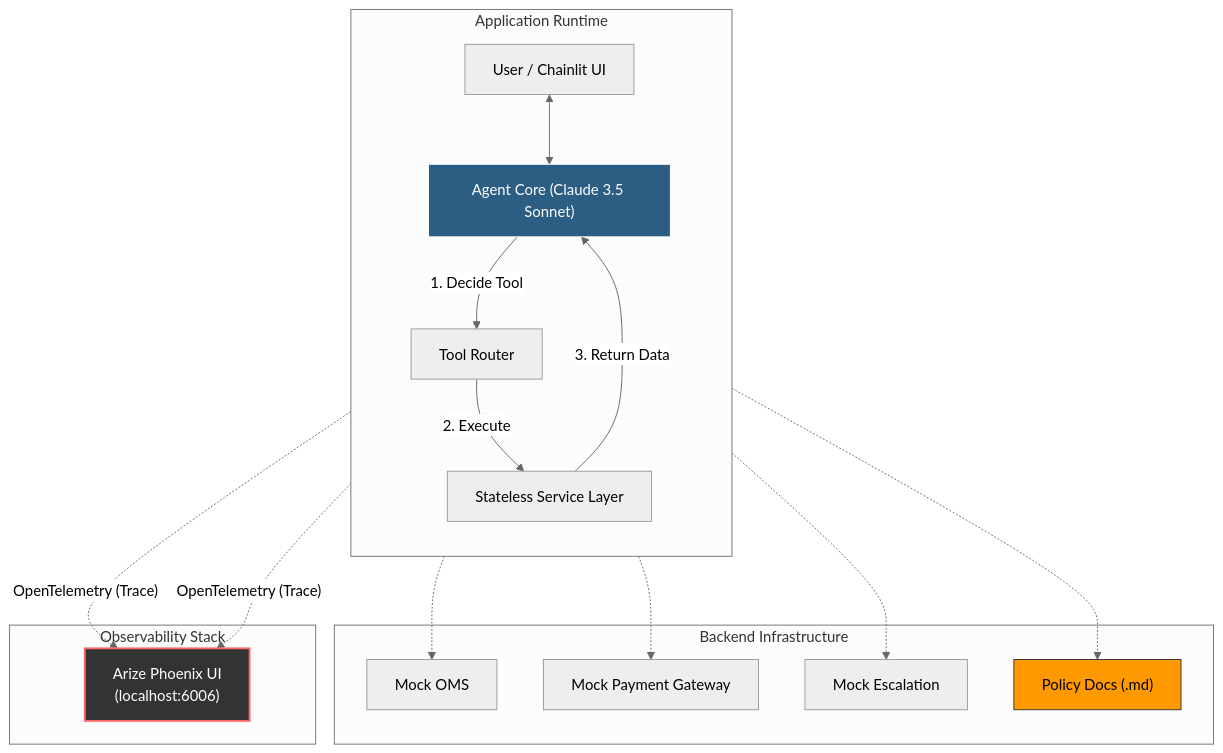
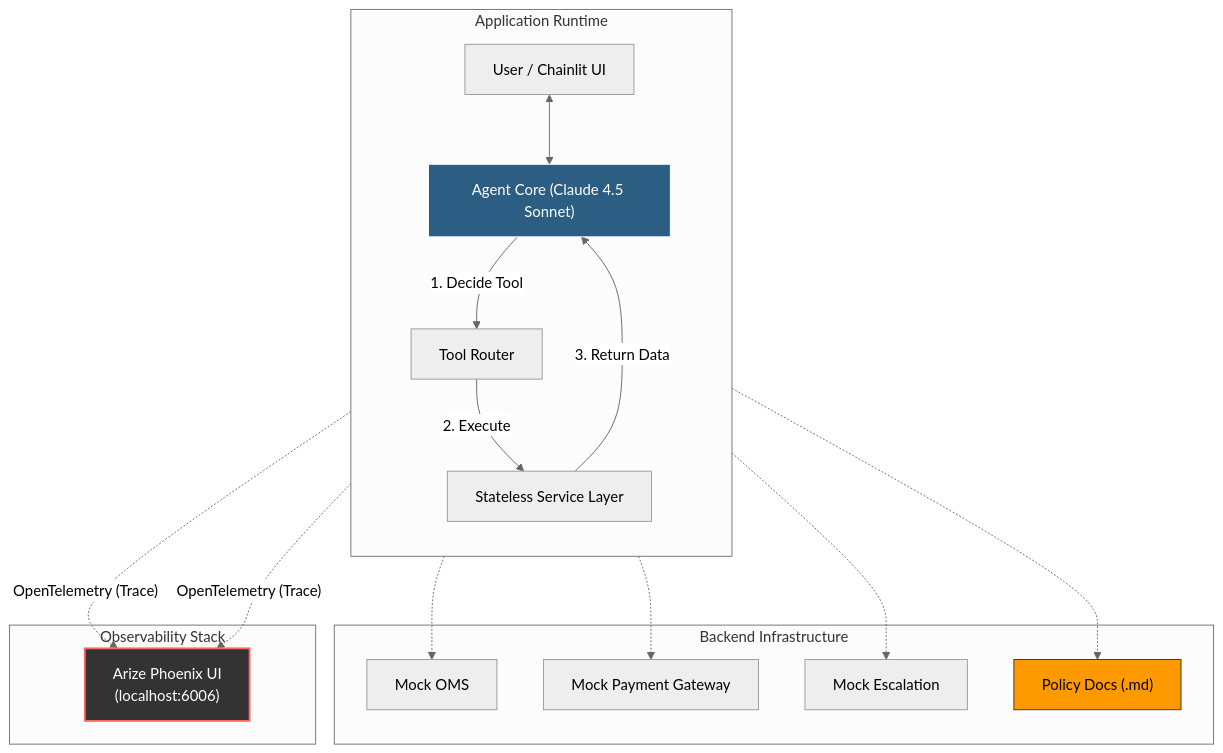
The diagram in README.md (nitinNayar/enterprise-cx-agent), drawn with Mermaid (neutral theme) before and after one commit.

Commit message:
minor fixes: README.md
🤖 Generated with [Claude Code](https://claude.com/claude-code)

````diff
--- a/README.md
+++ b/README.md
@@ -24,34 +24,34 @@
 ```mermaid
 graph TD
     %% --- Main Application Flow ---
     subgraph App ["Application Runtime"]
         direction TB
-        User["User / Chainlit UI"] <--> Agent["Agent Core (Claude 3.5 Sonnet)"]
+        User["User / Chainlit UI"] <--> Agent["Agent Core (Claude 4.5 Sonnet)"]
         Agent -- "1. Decide Tool" --> Router["Tool Router"]
         Router -- "2. Execute" --> Services["Stateless Service Layer"]
         Services -- "3. Return Data" --> Agent
     end
 
     %% --- Backend Services ---
     subgraph Backends ["Backend Infrastructure"]
         Services -.-> OMS["Mock OMS"]
         Services -.-> Stripe["Mock Payment Gateway"]
         Services -.-> Zendesk["Mock Escalation"]
         Services -.-> Policies["Policy Docs (.md)"]
     end
 
     %% --- Observability Sidecar ---
     subgraph Observability ["Observability Stack"]
         Phoenix["Arize Phoenix UI<br/>(localhost:6006)"]
     end
 
     %% --- Telemetry Connections ---
     Agent -.-> |"OpenTelemetry (Trace)"| Phoenix
     Router -.-> |"OpenTelemetry (Trace)"| Phoenix
 
     %% Styling for better readability
     style Phoenix fill:#333,stroke:#f66,stroke-width:2px,color:#fff
     style Agent fill:#2b5e82,stroke:#fff,color:#fff
     style Policies fill:#ff9900,stroke:#333,color:#000
 
 ```
````
